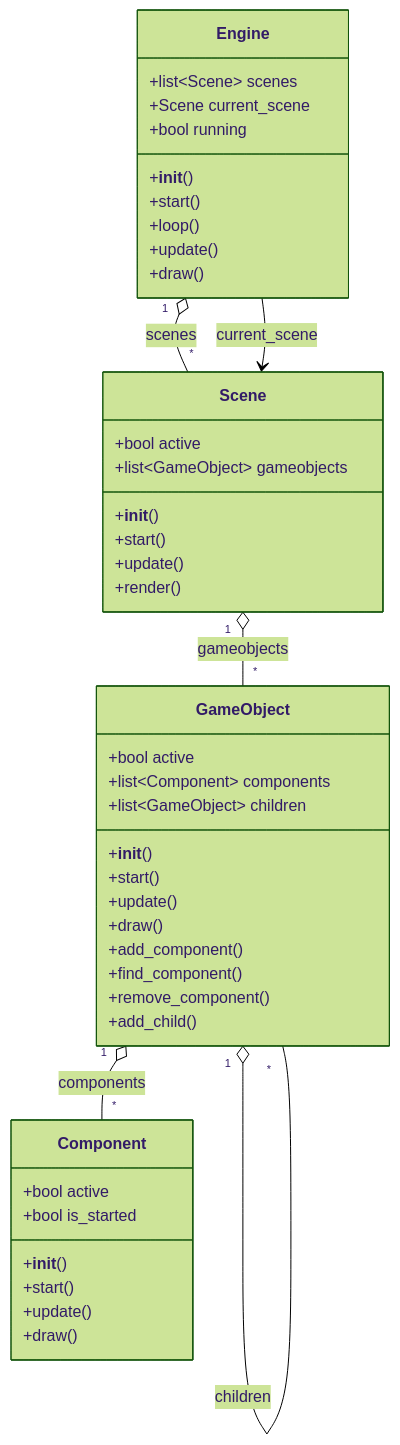
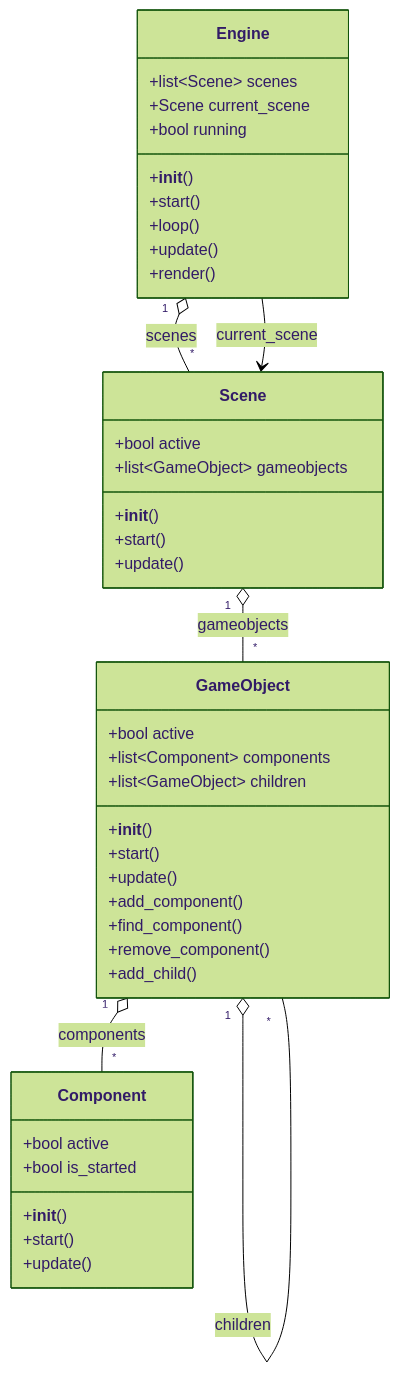
Before and after one commit to dev-haku/py-gamekit: the second of 9 diagrams in docs/py-gamekit.md, drawn with Mermaid (forest theme). The commit also changed other lines of this file, not shown here.

````diff
--- a/docs/py-gamekit.md
+++ b/docs/py-gamekit.md
@@ -54,57 +52,54 @@
 ```mermaid
 classDiagram
 
 class Engine {
     +list~Scene~ scenes
     +Scene current_scene
     +bool running
 
     +__init__()
     +start()
     +loop()
     +update()
-    +draw()
+    +render()
 }
 
 class Scene {
     +bool active
     +list~GameObject~ gameobjects
 
     +__init__()
     +start()
     +update()
-    +render()
 }
 
 class GameObject {
     +bool active
     +list~Component~ components
     +list~GameObject~ children
 
     +__init__()
     +start()
     +update()
-    +draw()
 
     +add_component()
     +find_component()
     +remove_component()
     +add_child()
 }
 
 class Component {
     +bool active
     +bool is_started
 
     +__init__()
     +start()
     +update()
-    +draw()
 }
 
 Engine "1" o-- "*" Scene : scenes
 Engine --> Scene : current_scene
 Scene "1" o-- "*" GameObject : gameobjects
 GameObject "1" o-- "*" Component : components
 GameObject "1" o-- "*" GameObject : children
 ```
````
